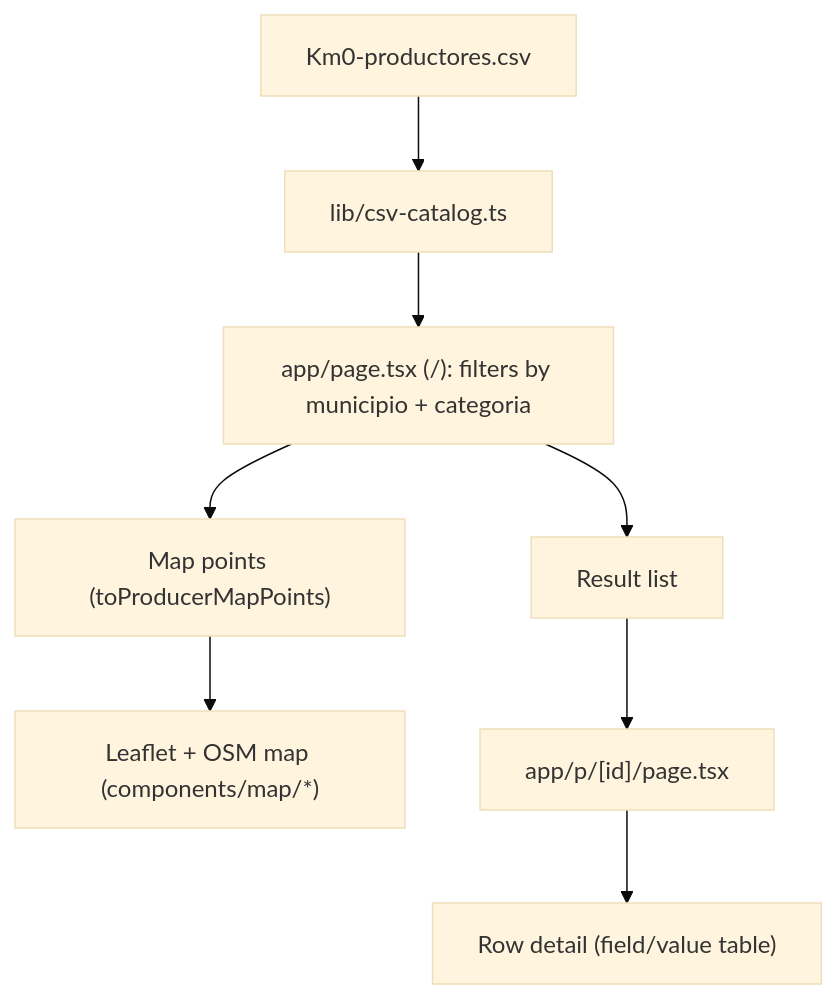
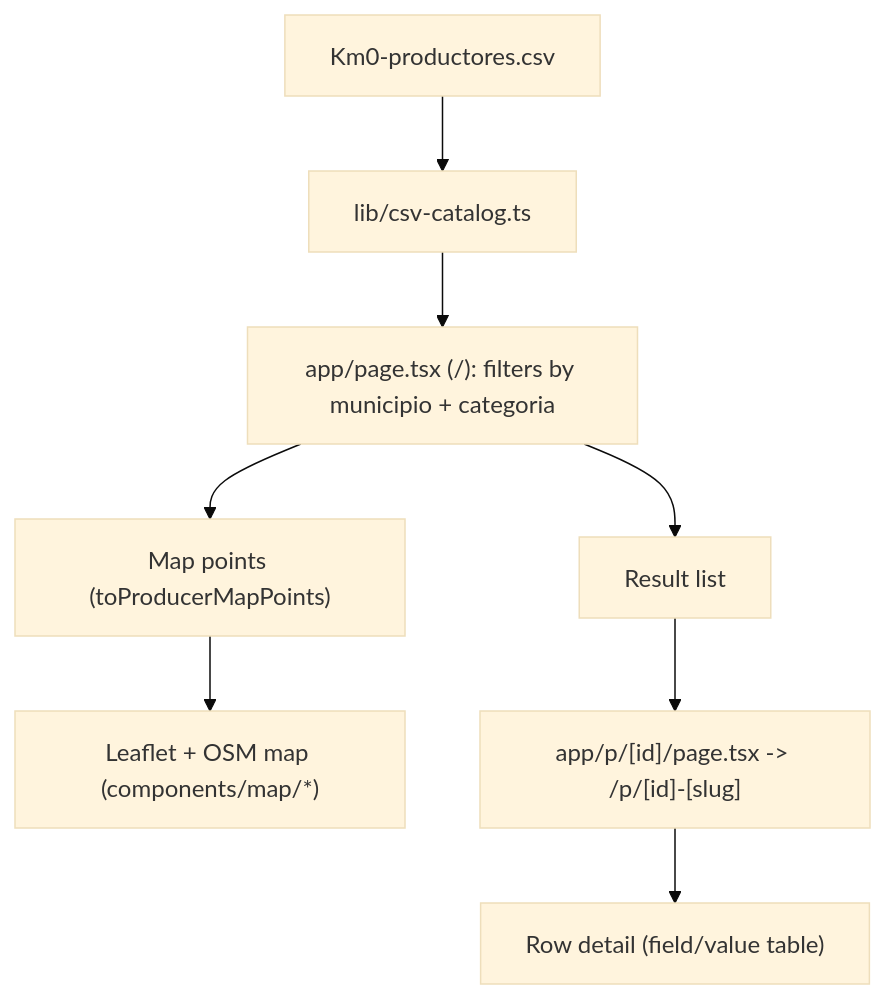
One commit to Lyzanor/chisan changed the diagram in docs/ARCHITECTURE.md. Above: the diagram before and after it, drawn with Mermaid (base theme). The commit also changed other lines of this file and 15 other files, not shown here.

````diff
--- a/docs/ARCHITECTURE.md
+++ b/docs/ARCHITECTURE.md
@@ -7,10 +7,10 @@
 ```mermaid
 flowchart TD
   A["Km0-productores.csv"] --> B["lib/csv-catalog.ts"]
   B --> C["app/page.tsx (/): filters by municipio + categoria"]
   C --> D["Result list"]
   C --> E["Map points (toProducerMapPoints)"]
   E --> F["Leaflet + OSM map (components/map/*)"]
-  D --> G["app/p/[id]/page.tsx"]
+  D --> G["app/p/[id]/page.tsx -> /p/[id]-[slug]"]
   G --> H["Row detail (field/value table)"]
 ```
````
